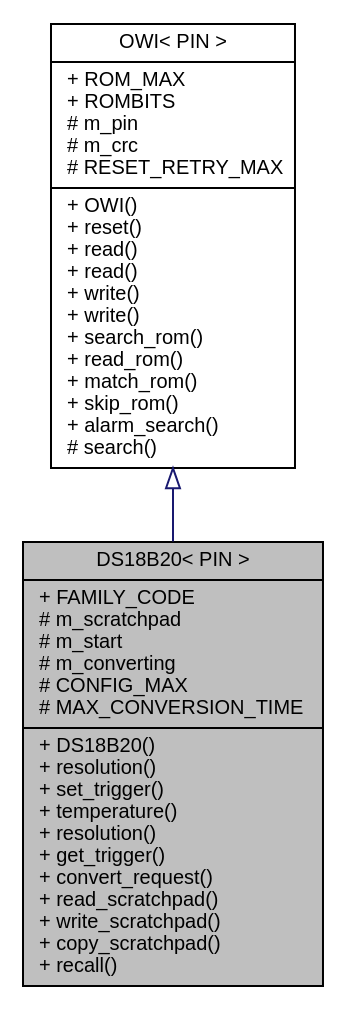
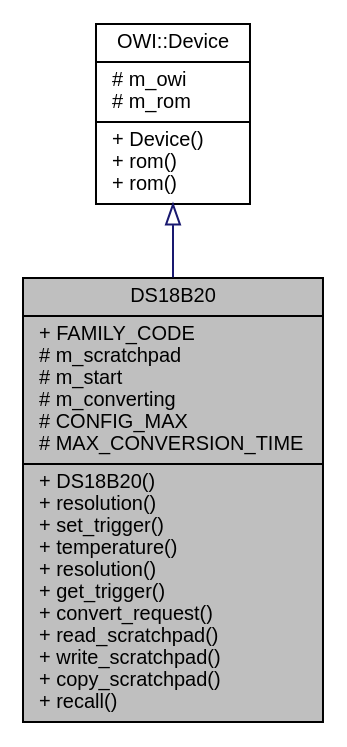
The diagram in Arduino-OWI/d8/d99/classDS18B20__inherit__graph.dot (mikaelpatel/mikaelpatel.github.io), drawn with Graphviz before and after one commit. The commit also changed 190 other files, not shown here.

```diff
--- a/Arduino-OWI/d8/d99/classDS18B20__inherit__graph.dot
+++ b/Arduino-OWI/d8/d99/classDS18B20__inherit__graph.dot
@@ -1,8 +1,8 @@
-digraph "DS18B20&lt; PIN &gt;"
+digraph "DS18B20"
 {
   edge [fontname="Helvetica",fontsize="10",labelfontname="Helvetica",labelfontsize="10"];
   node [fontname="Helvetica",fontsize="10",shape=record];
-  Node1 [label="{DS18B20\< PIN \>\n|+ FAMILY_CODE\l# m_scratchpad\l# m_start\l# m_converting\l# CONFIG_MAX\l# MAX_CONVERSION_TIME\l|+ DS18B20()\l+ resolution()\l+ set_trigger()\l+ temperature()\l+ resolution()\l+ get_trigger()\l+ convert_request()\l+ read_scratchpad()\l+ write_scratchpad()\l+ copy_scratchpad()\l+ recall()\l}",height=0.2,width=0.4,color="black", fillcolor="grey75", style="filled", fontcolor="black"];
+  Node1 [label="{DS18B20\n|+ FAMILY_CODE\l# m_scratchpad\l# m_start\l# m_converting\l# CONFIG_MAX\l# MAX_CONVERSION_TIME\l|+ DS18B20()\l+ resolution()\l+ set_trigger()\l+ temperature()\l+ resolution()\l+ get_trigger()\l+ convert_request()\l+ read_scratchpad()\l+ write_scratchpad()\l+ copy_scratchpad()\l+ recall()\l}",height=0.2,width=0.4,color="black", fillcolor="grey75", style="filled", fontcolor="black"];
   Node2 -> Node1 [dir="back",color="midnightblue",fontsize="10",style="solid",arrowtail="onormal",fontname="Helvetica"];
-  Node2 [label="{OWI\< PIN \>\n|+ ROM_MAX\l+ ROMBITS\l# m_pin\l# m_crc\l# RESET_RETRY_MAX\l|+ OWI()\l+ reset()\l+ read()\l+ read()\l+ write()\l+ write()\l+ search_rom()\l+ read_rom()\l+ match_rom()\l+ skip_rom()\l+ alarm_search()\l# search()\l}",height=0.2,width=0.4,color="black", fillcolor="white", style="filled",URL="$d7/d90/classOWI.html"];
+  Node2 [label="{OWI::Device\n|# m_owi\l# m_rom\l|+ Device()\l+ rom()\l+ rom()\l}",height=0.2,width=0.4,color="black", fillcolor="white", style="filled",URL="$d0/d7f/classOWI_1_1Device.html"];
 }
```
